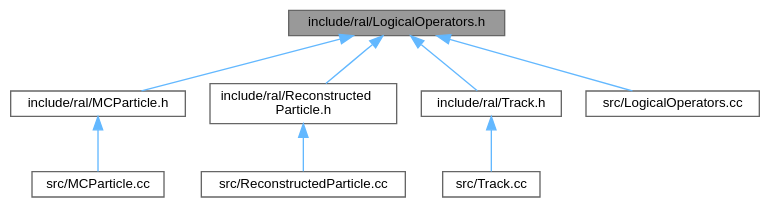
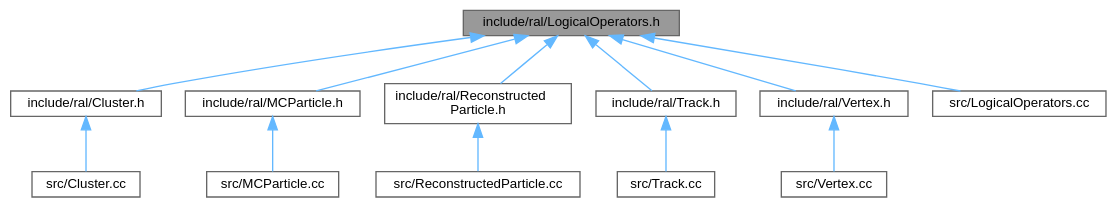
Before and after one commit to Juanki0396/ral: the diagram in docs/LogicalOperators_8h__dep__incl.dot, drawn with Graphviz. The commit also changed 58 other files, not shown here.

```diff
--- a/docs/LogicalOperators_8h__dep__incl.dot
+++ b/docs/LogicalOperators_8h__dep__incl.dot
@@ -1,22 +1,30 @@
 digraph "include/ral/LogicalOperators.h"
 {
  // LATEX_PDF_SIZE
   bgcolor="transparent";
   edge [fontname=Helvetica,fontsize=10,labelfontname=Helvetica,labelfontsize=10];
   node [fontname=Helvetica,fontsize=10,shape=box,height=0.2,width=0.4];
   Node1 [id="Node000001",label="include/ral/LogicalOperators.h",height=0.2,width=0.4,color="gray40", fillcolor="grey60", style="filled", fontcolor="black",tooltip=" "];
   Node1 -> Node2 [id="edge1_Node000001_Node000002",dir="back",color="steelblue1",style="solid",tooltip=" "];
-  Node2 [id="Node000002",label="include/ral/MCParticle.h",height=0.2,width=0.4,color="grey40", fillcolor="white", style="filled",URL="$MCParticle_8h.html",tooltip=" "];
+  Node2 [id="Node000002",label="include/ral/Cluster.h",height=0.2,width=0.4,color="grey40", fillcolor="white", style="filled",URL="$Cluster_8h.html",tooltip=" "];
   Node2 -> Node3 [id="edge2_Node000002_Node000003",dir="back",color="steelblue1",style="solid",tooltip=" "];
-  Node3 [id="Node000003",label="src/MCParticle.cc",height=0.2,width=0.4,color="grey40", fillcolor="white", style="filled",URL="$MCParticle_8cc.html",tooltip=" "];
+  Node3 [id="Node000003",label="src/Cluster.cc",height=0.2,width=0.4,color="grey40", fillcolor="white", style="filled",URL="$Cluster_8cc.html",tooltip=" "];
   Node1 -> Node4 [id="edge3_Node000001_Node000004",dir="back",color="steelblue1",style="solid",tooltip=" "];
-  Node4 [id="Node000004",label="include/ral/Reconstructed\lParticle.h",height=0.2,width=0.4,color="grey40", fillcolor="white", style="filled",URL="$ReconstructedParticle_8h.html",tooltip=" "];
+  Node4 [id="Node000004",label="include/ral/MCParticle.h",height=0.2,width=0.4,color="grey40", fillcolor="white", style="filled",URL="$MCParticle_8h.html",tooltip=" "];
   Node4 -> Node5 [id="edge4_Node000004_Node000005",dir="back",color="steelblue1",style="solid",tooltip=" "];
-  Node5 [id="Node000005",label="src/ReconstructedParticle.cc",height=0.2,width=0.4,color="grey40", fillcolor="white", style="filled",URL="$ReconstructedParticle_8cc.html",tooltip=" "];
+  Node5 [id="Node000005",label="src/MCParticle.cc",height=0.2,width=0.4,color="grey40", fillcolor="white", style="filled",URL="$MCParticle_8cc.html",tooltip=" "];
   Node1 -> Node6 [id="edge5_Node000001_Node000006",dir="back",color="steelblue1",style="solid",tooltip=" "];
-  Node6 [id="Node000006",label="include/ral/Track.h",height=0.2,width=0.4,color="grey40", fillcolor="white", style="filled",URL="$Track_8h.html",tooltip=" "];
+  Node6 [id="Node000006",label="include/ral/Reconstructed\lParticle.h",height=0.2,width=0.4,color="grey40", fillcolor="white", style="filled",URL="$ReconstructedParticle_8h.html",tooltip=" "];
   Node6 -> Node7 [id="edge6_Node000006_Node000007",dir="back",color="steelblue1",style="solid",tooltip=" "];
-  Node7 [id="Node000007",label="src/Track.cc",height=0.2,width=0.4,color="grey40", fillcolor="white", style="filled",URL="$Track_8cc.html",tooltip=" "];
+  Node7 [id="Node000007",label="src/ReconstructedParticle.cc",height=0.2,width=0.4,color="grey40", fillcolor="white", style="filled",URL="$ReconstructedParticle_8cc.html",tooltip=" "];
   Node1 -> Node8 [id="edge7_Node000001_Node000008",dir="back",color="steelblue1",style="solid",tooltip=" "];
-  Node8 [id="Node000008",label="src/LogicalOperators.cc",height=0.2,width=0.4,color="grey40", fillcolor="white", style="filled",URL="$LogicalOperators_8cc.html",tooltip=" "];
+  Node8 [id="Node000008",label="include/ral/Track.h",height=0.2,width=0.4,color="grey40", fillcolor="white", style="filled",URL="$Track_8h.html",tooltip=" "];
+  Node8 -> Node9 [id="edge8_Node000008_Node000009",dir="back",color="steelblue1",style="solid",tooltip=" "];
+  Node9 [id="Node000009",label="src/Track.cc",height=0.2,width=0.4,color="grey40", fillcolor="white", style="filled",URL="$Track_8cc.html",tooltip=" "];
+  Node1 -> Node10 [id="edge9_Node000001_Node000010",dir="back",color="steelblue1",style="solid",tooltip=" "];
+  Node10 [id="Node000010",label="include/ral/Vertex.h",height=0.2,width=0.4,color="grey40", fillcolor="white", style="filled",URL="$Vertex_8h.html",tooltip=" "];
+  Node10 -> Node11 [id="edge10_Node000010_Node000011",dir="back",color="steelblue1",style="solid",tooltip=" "];
+  Node11 [id="Node000011",label="src/Vertex.cc",height=0.2,width=0.4,color="grey40", fillcolor="white", style="filled",URL="$Vertex_8cc.html",tooltip=" "];
+  Node1 -> Node12 [id="edge11_Node000001_Node000012",dir="back",color="steelblue1",style="solid",tooltip=" "];
+  Node12 [id="Node000012",label="src/LogicalOperators.cc",height=0.2,width=0.4,color="grey40", fillcolor="white", style="filled",URL="$LogicalOperators_8cc.html",tooltip=" "];
 }
```
